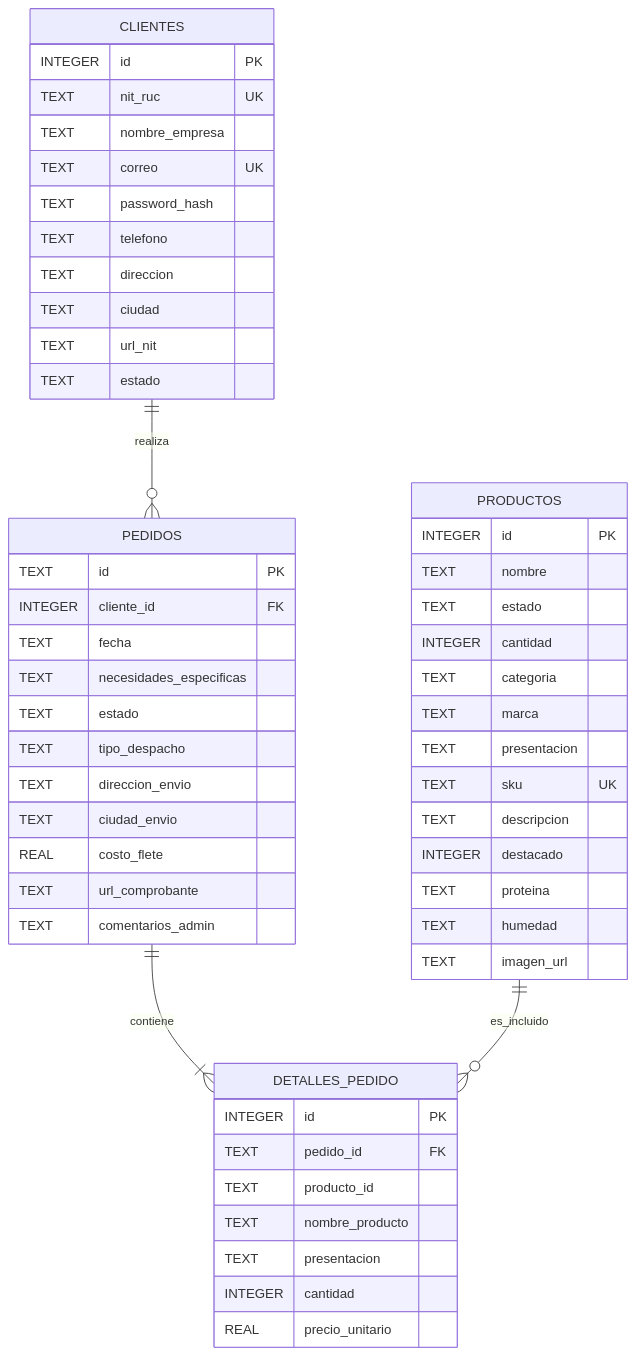
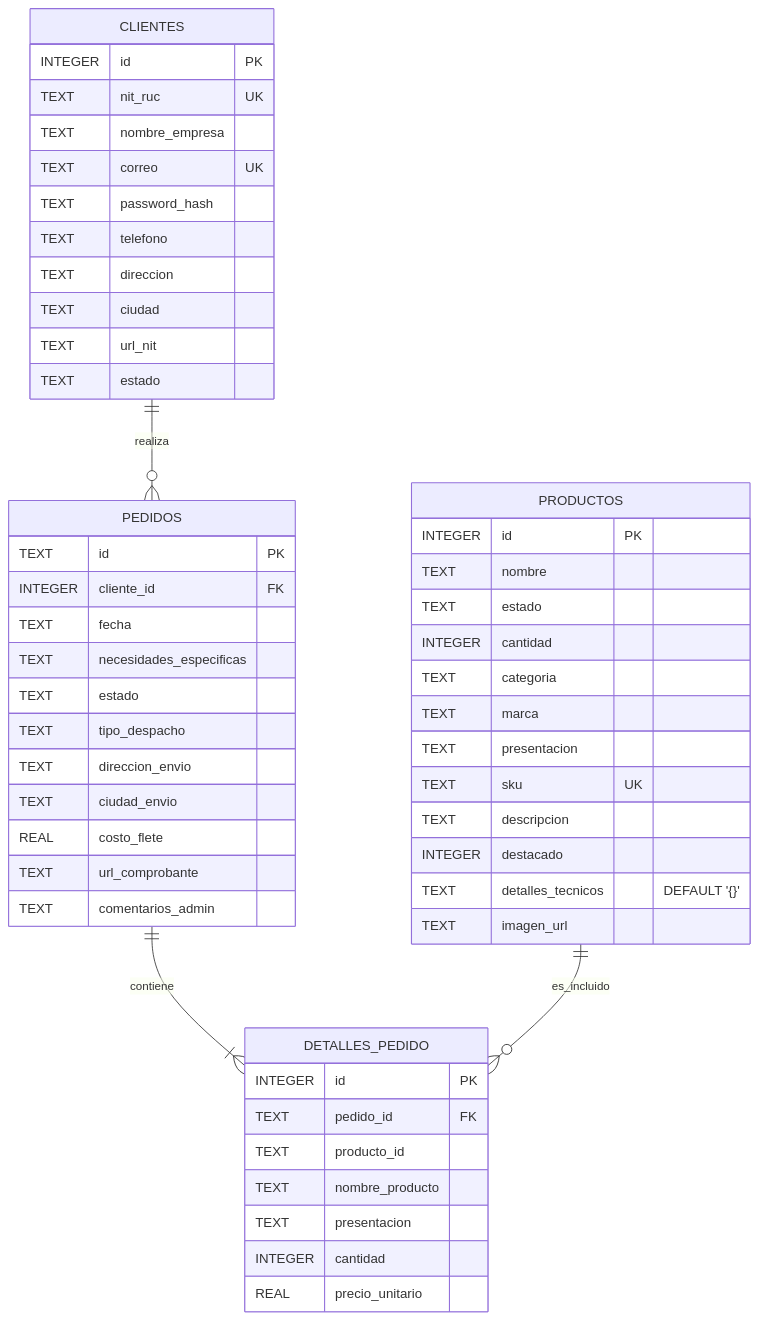
One commit to ZorayaF/disnal-au changed the diagram in backend/README.md. Above: the diagram before and after it, drawn with Mermaid.

Commit message:
docs: actualizar tabla productos ERD

````diff
--- a/backend/README.md
+++ b/backend/README.md
@@ -158,60 +158,59 @@
 ```mermaid
 erDiagram
     CLIENTES ||--o{ PEDIDOS : "realiza"
     PEDIDOS ||--|{ DETALLES_PEDIDO : "contiene"
     PRODUCTOS ||--o{ DETALLES_PEDIDO : "es_incluido"
 
     CLIENTES {
         INTEGER id PK
         TEXT nit_ruc UK
         TEXT nombre_empresa
         TEXT correo UK
         TEXT password_hash
         TEXT telefono
         TEXT direccion
         TEXT ciudad
         TEXT url_nit
         TEXT estado
     }
 
     PEDIDOS {
         TEXT id PK
         INTEGER cliente_id FK
         TEXT fecha
         TEXT necesidades_especificas
         TEXT estado
         TEXT tipo_despacho
         TEXT direccion_envio
         TEXT ciudad_envio
         REAL costo_flete
         TEXT url_comprobante
         TEXT comentarios_admin
     }
 
     DETALLES_PEDIDO {
         INTEGER id PK
         TEXT pedido_id FK
         TEXT producto_id
         TEXT nombre_producto
         TEXT presentacion
         INTEGER cantidad
         REAL precio_unitario
     }
 
     PRODUCTOS {
         INTEGER id PK
         TEXT nombre
         TEXT estado
         INTEGER cantidad
         TEXT categoria
         TEXT marca
         TEXT presentacion
         TEXT sku UK
         TEXT descripcion
         INTEGER destacado
-        TEXT proteina
-        TEXT humedad
+        TEXT detalles_tecnicos "DEFAULT '{}'"
         TEXT imagen_url
     }
 
 ```
````
